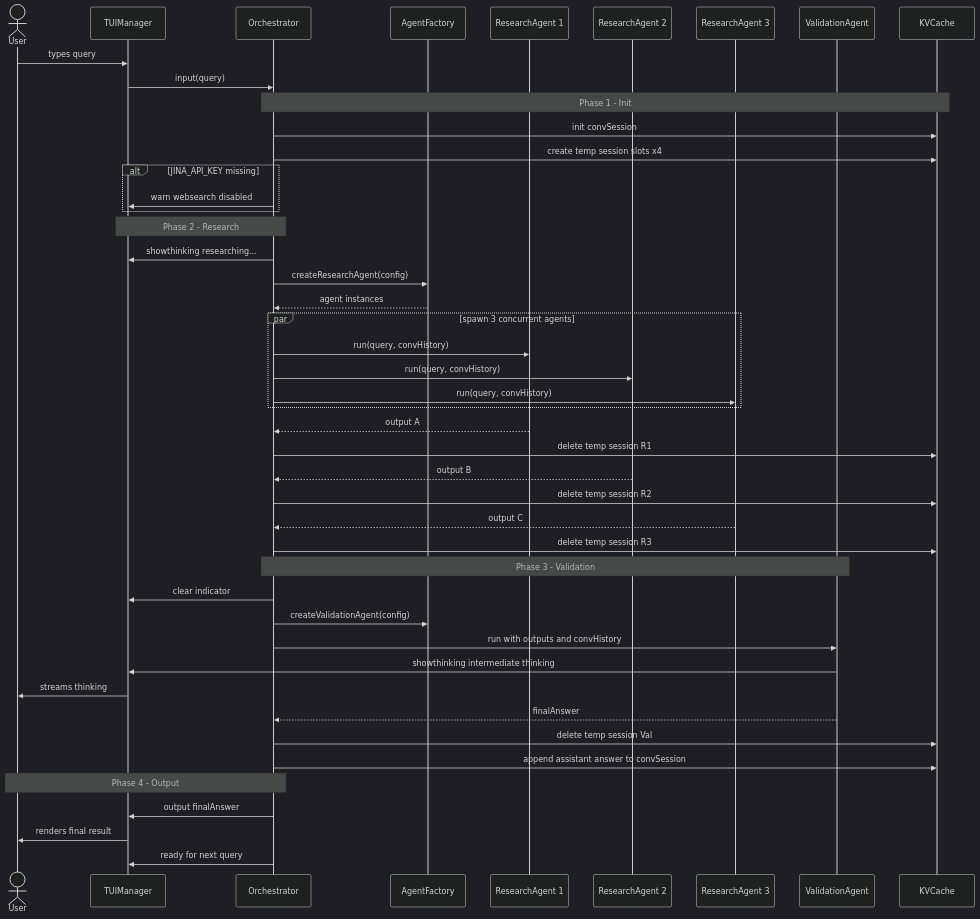
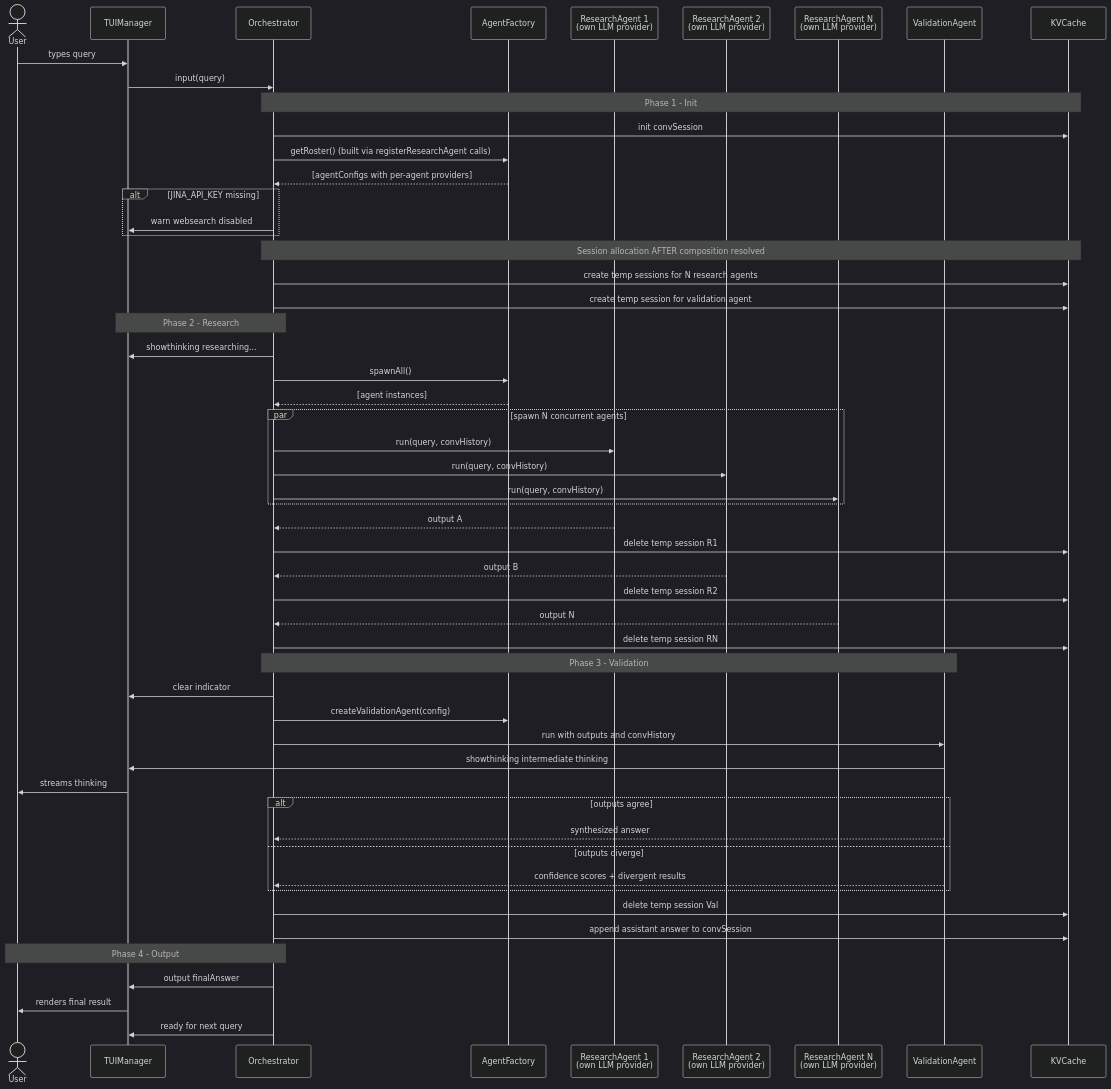
The diagram in _bmad-output/planning-artifacts/s1-query-lifecycle.md (Glitch-guy0/self-consistency-research-agent), drawn with Mermaid (dark theme) before and after one commit. The commit also changed other lines of this file and 7 other files, not shown here.

````diff
--- a/_bmad-output/planning-artifacts/s1-query-lifecycle.md
+++ b/_bmad-output/planning-artifacts/s1-query-lifecycle.md
@@ -8,58 +8,67 @@
 ```mermaid
 sequenceDiagram
     actor User
     participant TUI as TUIManager
     participant Orch as Orchestrator
     participant Factory as AgentFactory
-    participant R1 as ResearchAgent 1
-    participant R2 as ResearchAgent 2
-    participant R3 as ResearchAgent 3
+    participant R1 as ResearchAgent 1<br/>(own LLM provider)
+    participant R2 as ResearchAgent 2<br/>(own LLM provider)
+    participant RN as ResearchAgent N<br/>(own LLM provider)
     participant Val as ValidationAgent
     participant KV as KVCache
 
     User->>TUI: types query
     TUI->>Orch: input(query)
 
     Note over Orch,KV: Phase 1 - Init
     Orch->>KV: init convSession
-    Orch->>KV: create temp session slots x4
+    Orch->>Factory: getRoster() (built via registerResearchAgent calls)
+    Factory-->>Orch: [agentConfigs with per-agent providers]
 
     alt JINA_API_KEY missing
         Orch->>TUI: warn websearch disabled
     end
 
+    Note over Orch,KV: Session allocation AFTER composition resolved
+    Orch->>KV: create temp sessions for N research agents
+    Orch->>KV: create temp session for validation agent
+
     Note over Orch,TUI: Phase 2 - Research
     Orch->>TUI: showthinking researching...
-    Orch->>Factory: createResearchAgent(config)
-    Factory-->>Orch: agent instances
+    Orch->>Factory: spawnAll()
+    Factory-->>Orch: [agent instances]
 
-    par spawn 3 concurrent agents
+    par spawn N concurrent agents
         Orch->>R1: run(query, convHistory)
         Orch->>R2: run(query, convHistory)
-        Orch->>R3: run(query, convHistory)
+        Orch->>RN: run(query, convHistory)
     end
 
     R1-->>Orch: output A
     Orch->>KV: delete temp session R1
     R2-->>Orch: output B
     Orch->>KV: delete temp session R2
-    R3-->>Orch: output C
-    Orch->>KV: delete temp session R3
+    RN-->>Orch: output N
+    Orch->>KV: delete temp session RN
 
     Note over Orch,Val: Phase 3 - Validation
     Orch->>TUI: clear indicator
     Orch->>Factory: createValidationAgent(config)
     Orch->>Val: run with outputs and convHistory
 
     Val->>TUI: showthinking intermediate thinking
     TUI->>User: streams thinking
 
-    Val-->>Orch: finalAnswer
+    alt outputs agree
+        Val-->>Orch: synthesized answer
+    else outputs diverge
+        Val-->>Orch: confidence scores + divergent results
+    end
     Orch->>KV: delete temp session Val
     Orch->>KV: append assistant answer to convSession
 
     Note over Orch,User: Phase 4 - Output
     Orch->>TUI: output finalAnswer
     TUI->>User: renders final result
     Orch->>TUI: ready for next query
 ```
````
